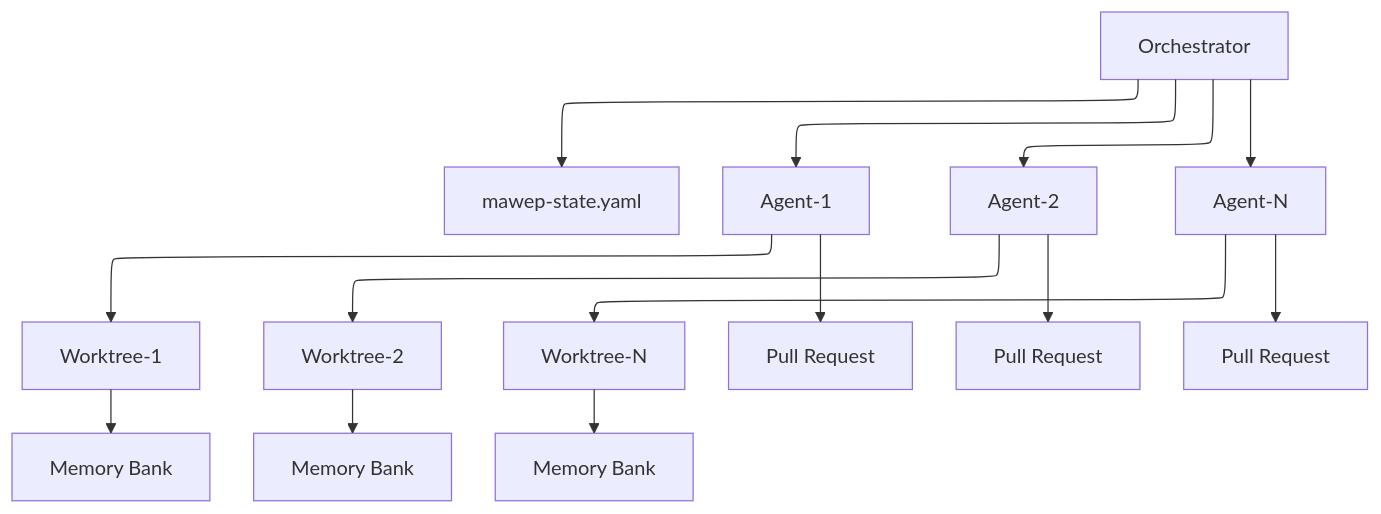
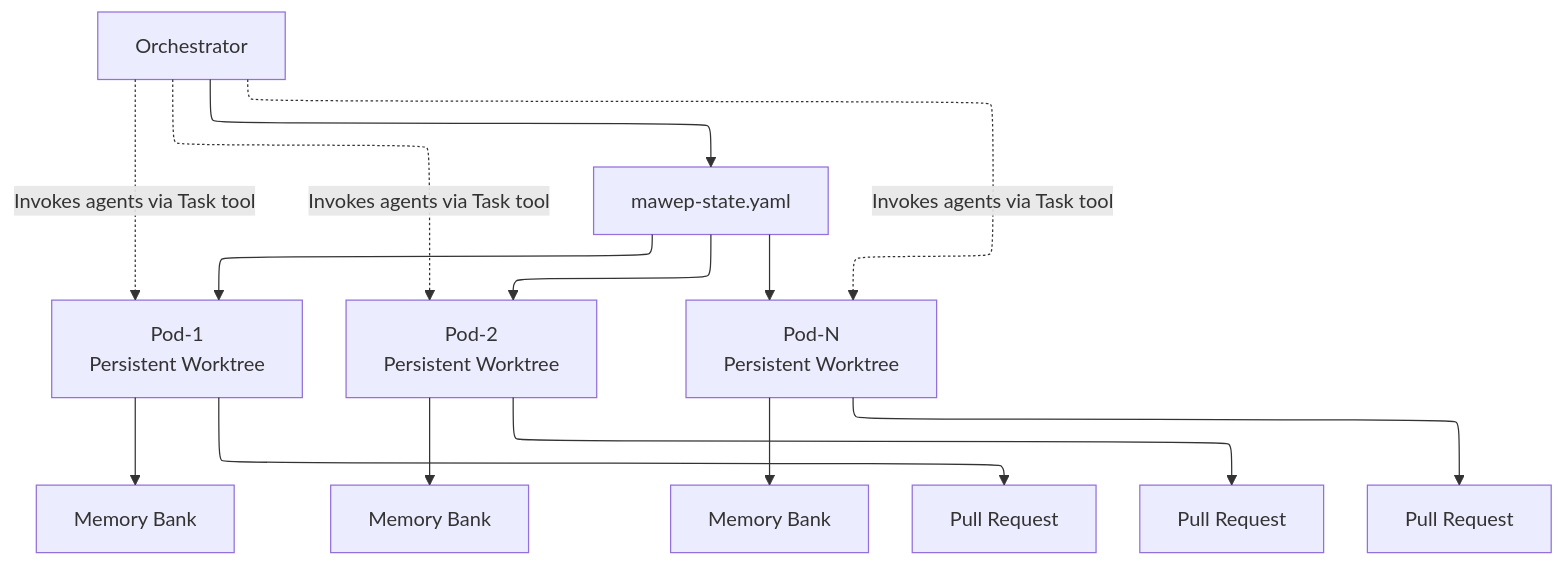
Before and after one commit to AeyeOps/prompt-packs: the second of 2 diagrams in README.md, drawn with Mermaid. The commit also changed other lines of this file and 1 other file, not shown here.

First line of the commit message:
fix: Update main repository README and CHANGELOG for pod/agent clarity

````diff
--- a/README.md
+++ b/README.md
@@ -55,20 +63,21 @@
 ```mermaid
 %%{init: {'flowchart': {'defaultRenderer': 'elk'}}}%%
 flowchart TD
     Orch[Orchestrator] --> State[mawep-state.yaml]
-    Orch --> Agent1[Agent-1]
-    Orch --> Agent2[Agent-2]
-    Orch --> AgentN[Agent-N]
     
-    Agent1 --> WT1[Worktree-1]
-    Agent2 --> WT2[Worktree-2]
-    AgentN --> WTN[Worktree-N]
+    State --> Pod1[Pod-1<br/>Persistent Worktree]
+    State --> Pod2[Pod-2<br/>Persistent Worktree]
+    State --> PodN[Pod-N<br/>Persistent Worktree]
     
-    WT1 --> MB1[Memory Bank]
-    WT2 --> MB2[Memory Bank]
-    WTN --> MBN[Memory Bank]
+    Orch -.->|Invokes agents via Task tool| Pod1
+    Orch -.->|Invokes agents via Task tool| Pod2
+    Orch -.->|Invokes agents via Task tool| PodN
     
-    Agent1 --> PR1[Pull Request]
-    Agent2 --> PR2[Pull Request]
-    AgentN --> PRN[Pull Request]
+    Pod1 --> MB1[Memory Bank]
+    Pod2 --> MB2[Memory Bank]
+    PodN --> MBN[Memory Bank]
+    
+    Pod1 --> PR1[Pull Request]
+    Pod2 --> PR2[Pull Request]
+    PodN --> PRN[Pull Request]
 ```
````
